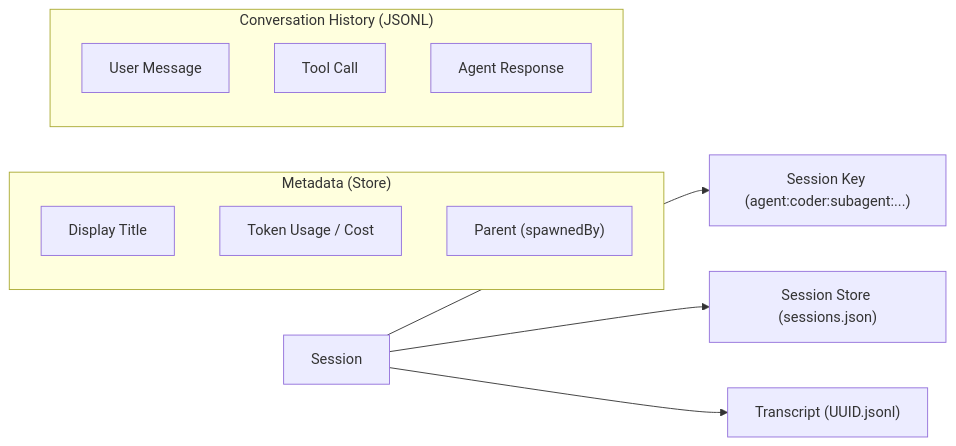
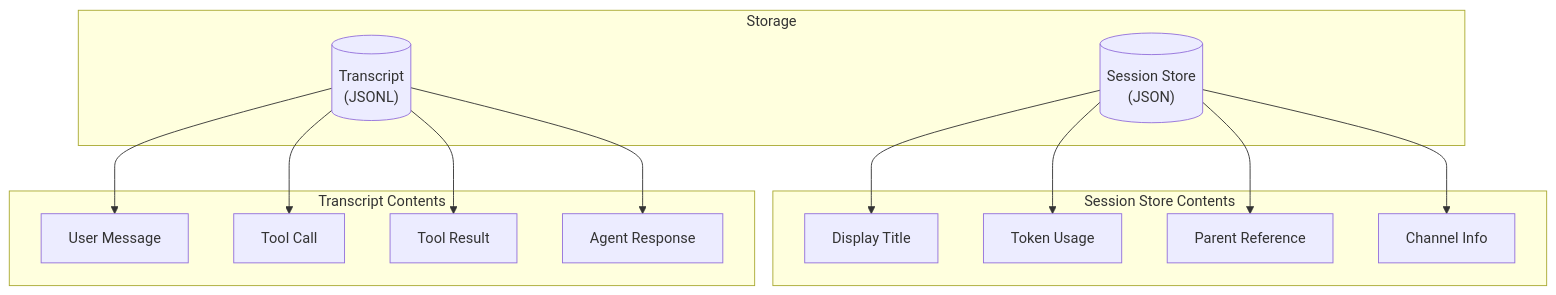
One commit to rzafiamy/openclaw-architecture changed the second of 4 diagrams in details/session-management.md. Above: the diagram before and after it, drawn with Mermaid. The commit also changed other lines of this file and 12 other files, not shown here.

````diff
--- a/details/session-management.md
+++ b/details/session-management.md
@@ -36,18 +99,31 @@
 ```mermaid
-graph LR
-    Session[Session] --> Key["Session Key (agent:coder:subagent:...)"]
-    
-    Session --> Store["Session Store (sessions.json)"]
-    subgraph StoreContent ["Metadata (Store)"]
-        Title["Display Title"]
-        Usage["Token Usage / Cost"]
-        Parent["Parent (spawnedBy)"]
+graph TB
+    subgraph Storage
+        Store[("Session Store<br/>(JSON)")]
+        Transcript[("Transcript<br/>(JSONL)")]
     end
     
-    Session --> Transcript["Transcript (UUID.jsonl)"]
-    subgraph History ["Conversation History (JSONL)"]
-        M1["User Message"]
-        M2["Tool Call"]
-        M3["Agent Response"]
+    subgraph "Session Store Contents"
+        Meta1["Display Title"]
+        Meta2["Token Usage"]
+        Meta3["Parent Reference"]
+        Meta4["Channel Info"]
     end
+    
+    subgraph "Transcript Contents"
+        Msg1["User Message"]
+        Msg2["Tool Call"]
+        Msg3["Tool Result"]
+        Msg4["Agent Response"]
+    end
+    
+    Store --> Meta1
+    Store --> Meta2
+    Store --> Meta3
+    Store --> Meta4
+    
+    Transcript --> Msg1
+    Transcript --> Msg2
+    Transcript --> Msg3
+    Transcript --> Msg4
 ```
````
